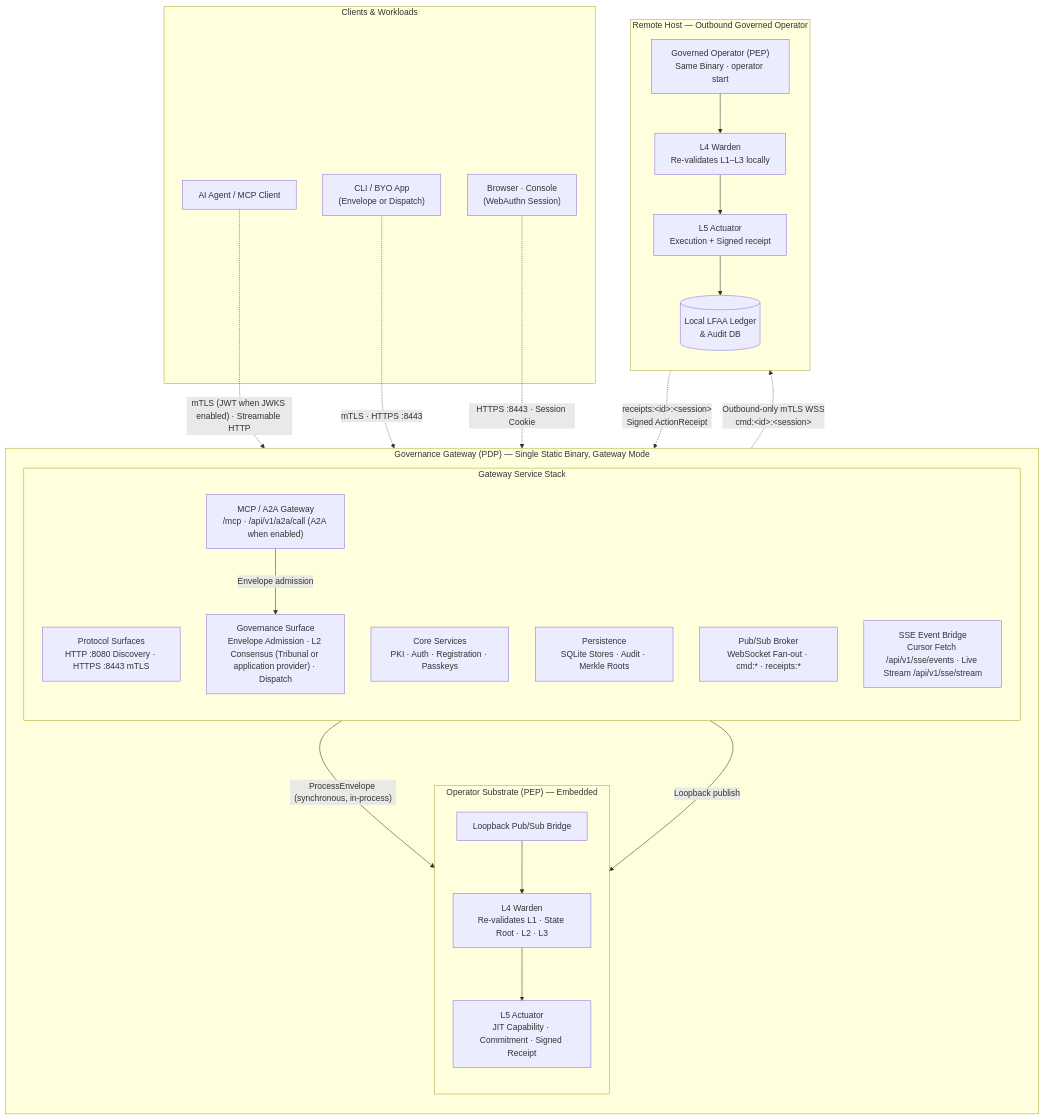
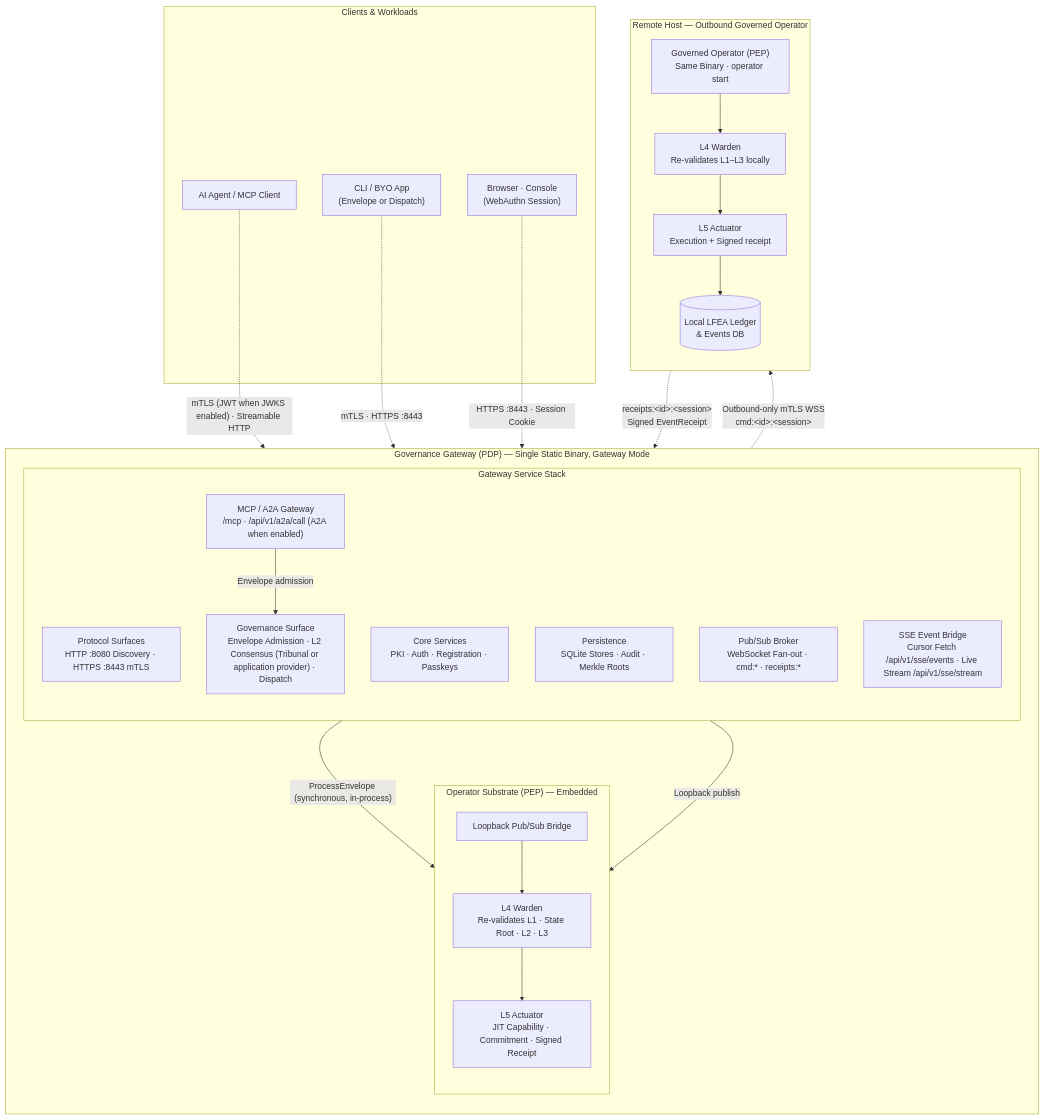
Before and after one commit to zerotrustdata/ztd: the diagram in docs/diagrams/graph-system-50k.md, drawn with Mermaid. The commit also changed other lines of this file and 655 other files, not shown here.

First line of the commit message:
v1.4.0 - Event Receipts (#80)

````diff
--- a/docs/diagrams/graph-system-50k.md
+++ b/docs/diagrams/graph-system-50k.md
@@ -30,51 +30,51 @@
 ```mermaid
 graph TD
     subgraph GatewayProcess ["Governance Gateway (PDP) — Single Static Binary, Gateway Mode"]
         direction TB
 
         subgraph GWStack ["Gateway Service Stack"]
             direction TB
             Surfaces["Protocol Surfaces<br/>HTTP :8080 Discovery · HTTPS :8443 mTLS"]
             Services["Core Services<br/>PKI · Auth · Registration · Passkeys"]
             Persistence["Persistence<br/>SQLite Stores · Audit · Merkle Roots"]
             Broker["Pub/Sub Broker<br/>WebSocket Fan-out · cmd:* · receipts:*"]
             MCP["MCP / A2A Gateway<br/>/mcp · /api/v1/a2a/call (A2A when enabled)"]
             Gov["Governance Surface<br/>Envelope Admission · L2 Consensus (Tribunal or application provider) · Dispatch"]
             SSE["SSE Event Bridge<br/>Cursor Fetch /api/v1/sse/events · Live Stream /api/v1/sse/stream"]
         end
 
         subgraph OpSubstrate ["Operator Substrate (PEP) — Embedded"]
             direction TB
             Loopback["Loopback Pub/Sub Bridge"]
             L4["L4 Warden<br/>Re-validates L1 · State Root · L2 · L3"]
             L5["L5 Actuator<br/>JIT Capability · Commitment · Signed Receipt"]
             Loopback --> L4 --> L5
         end
 
         Gov -- "ProcessEnvelope (synchronous, in-process)" --> L4
         Broker -- "Loopback publish" --> Loopback
         MCP -- "Envelope admission" --> Gov
     end
 
     subgraph RemoteHost ["Remote Host — Outbound Governed Operator"]
         direction TB
         RemoteOp["Governed Operator (PEP)<br/>Same Binary · operator start"]
         RemoteL4["L4 Warden<br/>Re-validates L1–L3 locally"]
         RemoteL5["L5 Actuator<br/>Execution + Signed receipt"]
-        RemoteLedger[("Local LFAA Ledger<br/>& Audit DB")]
+        RemoteLedger[("Local LFEA Ledger<br/>& Events DB")]
         RemoteOp --> RemoteL4 --> RemoteL5 --> RemoteLedger
     end
 
     subgraph Clients ["Clients & Workloads"]
         Agent["AI Agent / MCP Client"]
         BYO["CLI / BYO App<br/>(Envelope or Dispatch)"]
         Browser["Browser · Console<br/>(WebAuthn Session)"]
     end
 
     Agent -. "mTLS (JWT when JWKS enabled) · Streamable HTTP" .-> Surfaces
     BYO -. "mTLS · HTTPS :8443" .-> Gov
     Browser -. "HTTPS :8443 · Session Cookie" .-> Surfaces
 
     Broker -. "Outbound-only mTLS WSS<br/>cmd:&lt;id&gt;:&lt;session&gt;" .-> RemoteOp
-    RemoteOp -. "receipts:&lt;id&gt;:&lt;session&gt;<br/>Signed ActionReceipt" .-> Broker
+    RemoteOp -. "receipts:&lt;id&gt;:&lt;session&gt;<br/>Signed EventReceipt" .-> Broker
 ```
````
